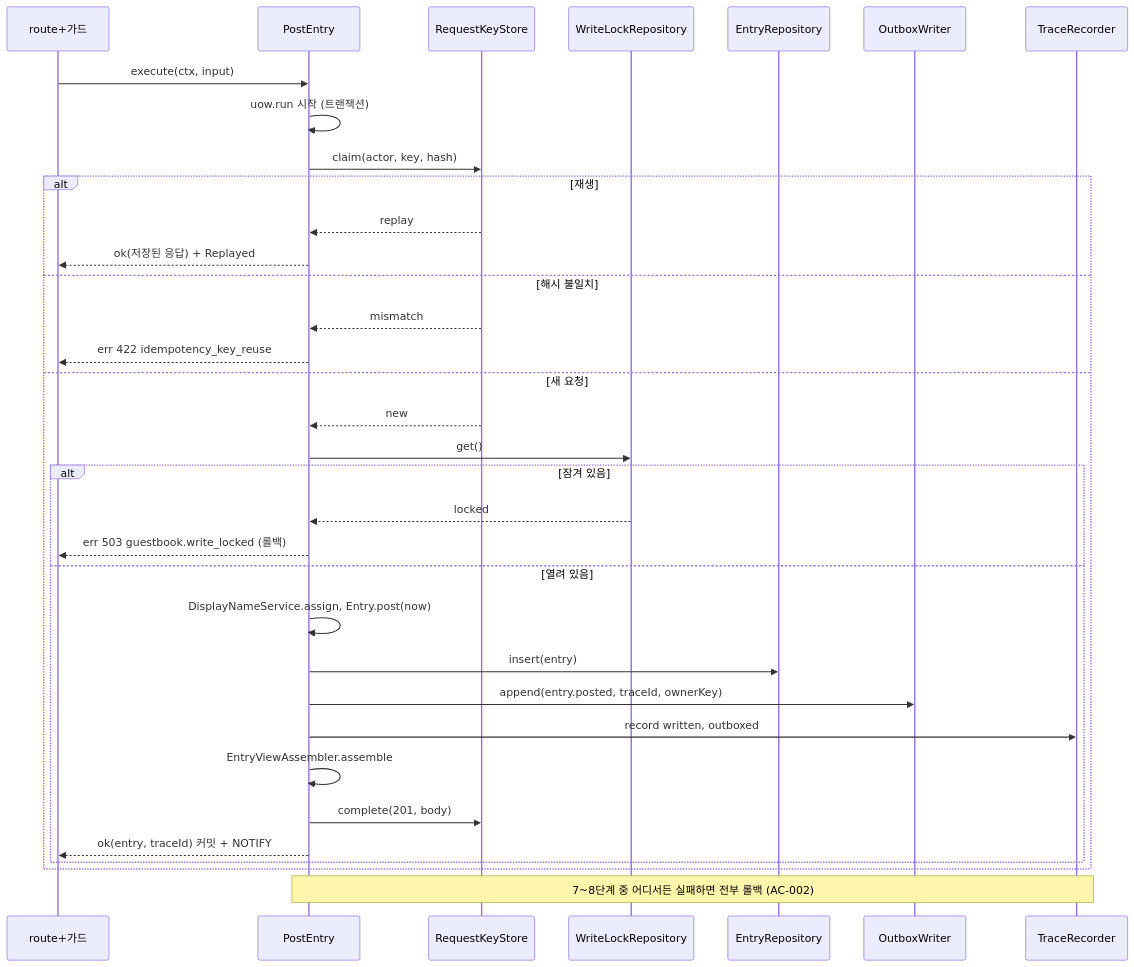
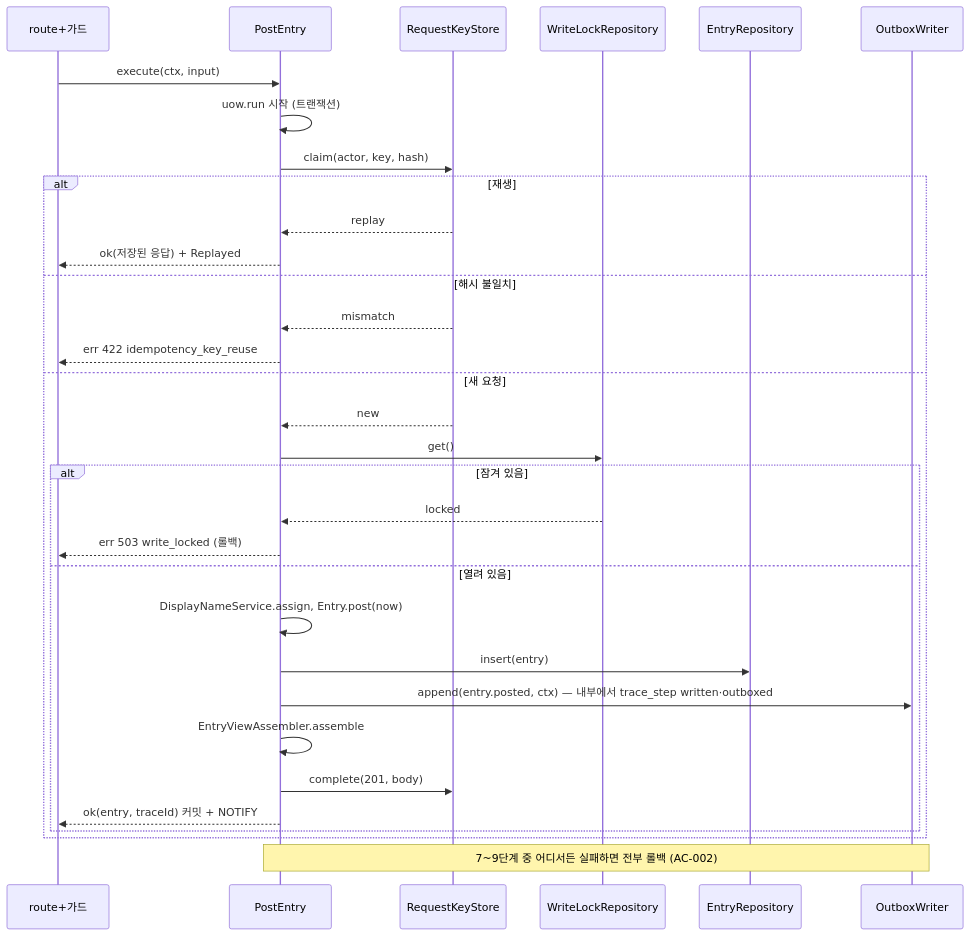
Diagram 11 of 41 in docs/design/features/11-guestbook-write.md (1985jwlee/portpolio_backend), drawn with Mermaid before and after one commit. The commit also changed other lines of this file and 33 other files, not shown here.

````diff
--- a/docs/design/features/11-guestbook-write.md
+++ b/docs/design/features/11-guestbook-write.md
@@ -678,36 +675,34 @@
 ```mermaid
 sequenceDiagram
     participant R as route+가드
     participant H as PostEntry
     participant K as RequestKeyStore
     participant L as WriteLockRepository
     participant E as EntryRepository
     participant O as OutboxWriter
-    participant T as TraceRecorder
     R->>H: execute(ctx, input)
     H->>H: uow.run 시작 (트랜잭션)
     H->>K: claim(actor, key, hash)
     alt 재생
         K-->>H: replay
         H-->>R: ok(저장된 응답) + Replayed
     else 해시 불일치
         K-->>H: mismatch
         H-->>R: err 422 idempotency_key_reuse
     else 새 요청
         K-->>H: new
         H->>L: get()
         alt 잠겨 있음
             L-->>H: locked
-            H-->>R: err 503 guestbook.write_locked (롤백)
+            H-->>R: err 503 write_locked (롤백)
         else 열려 있음
             H->>H: DisplayNameService.assign, Entry.post(now)
             H->>E: insert(entry)
-            H->>O: append(entry.posted, traceId, ownerKey)
-            H->>T: record written, outboxed
+            H->>O: append(entry.posted, ctx) — 내부에서 trace_step written·outboxed
             H->>H: EntryViewAssembler.assemble
             H->>K: complete(201, body)
             H-->>R: ok(entry, traceId) 커밋 + NOTIFY
         end
     end
-    Note over H,T: 7~8단계 중 어디서든 실패하면 전부 롤백 (AC-002)
+    Note over H,O: 7~9단계 중 어디서든 실패하면 전부 롤백 (AC-002)
 ```
````
